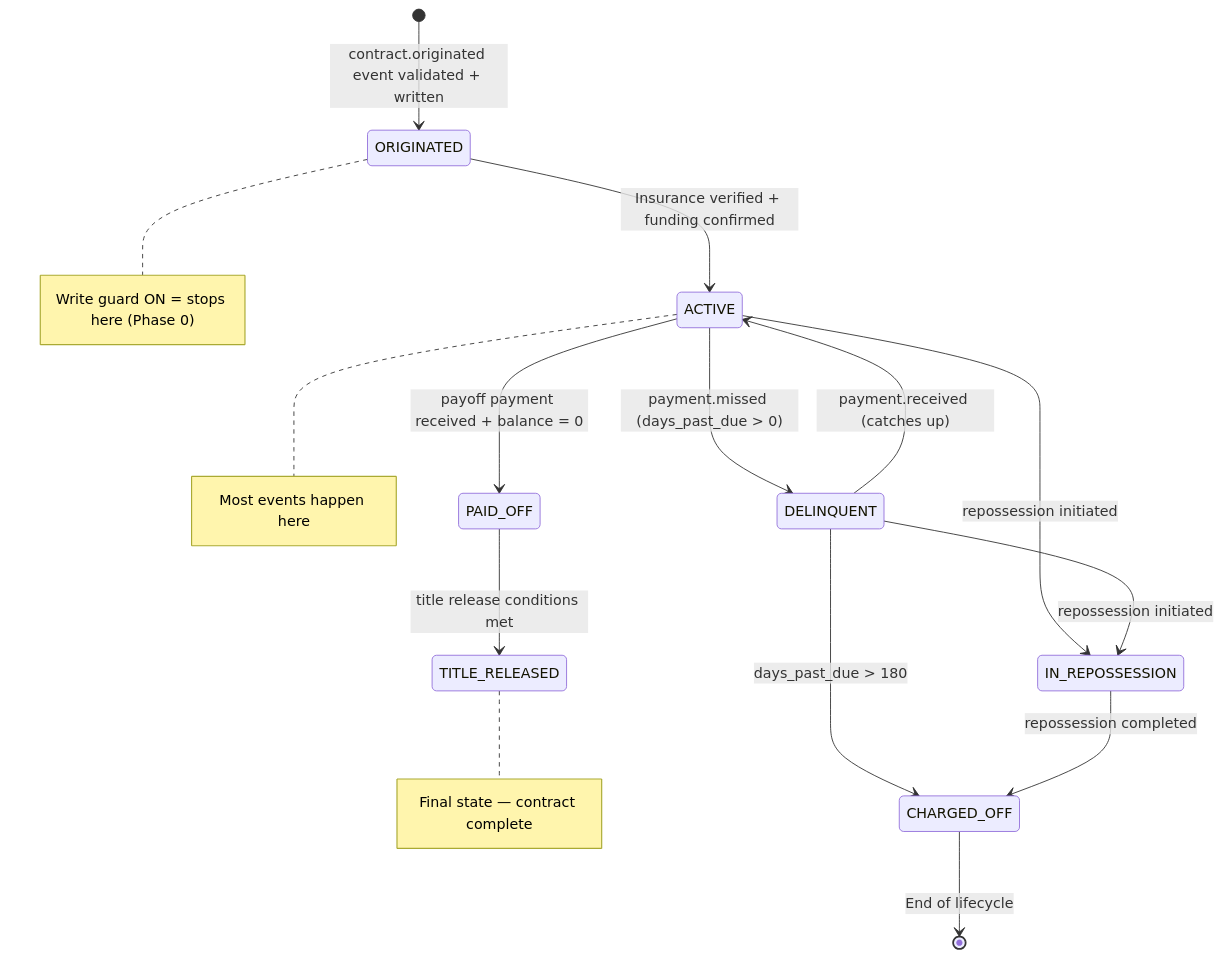
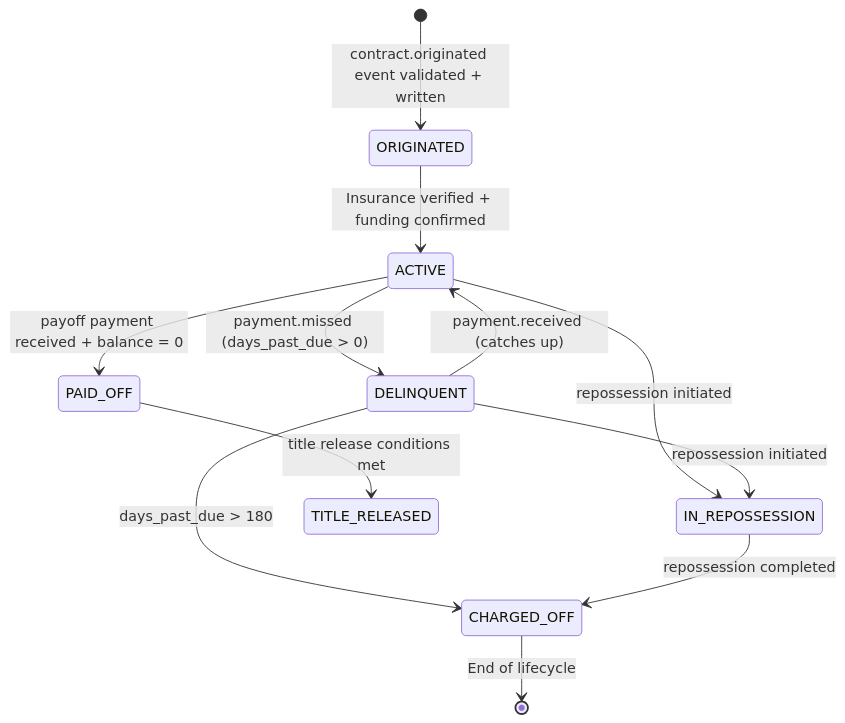
Before and after one commit to rame10566/smartledger: the ninth of 10 diagrams in docs/ARCHITECTURE.md, drawn with Mermaid. The commit also changed other lines of this file, not shown here.

Commit message:
fix: remove invalid Mermaid syntax (emoji in labels, note right of in stateDiagram-v2)

````diff
--- a/docs/ARCHITECTURE.md
+++ b/docs/ARCHITECTURE.md
@@ -360,19 +360,15 @@
 ```mermaid
 stateDiagram-v2
     [*] --> ORIGINATED: contract.originated event validated + written
 
     ORIGINATED --> ACTIVE: Insurance verified + funding confirmed
     ACTIVE --> DELINQUENT: payment.missed (days_past_due > 0)
     DELINQUENT --> ACTIVE: payment.received (catches up)
     ACTIVE --> PAID_OFF: payoff payment received + balance = 0
     DELINQUENT --> CHARGED_OFF: days_past_due > 180
     ACTIVE --> IN_REPOSSESSION: repossession initiated
     DELINQUENT --> IN_REPOSSESSION: repossession initiated
     IN_REPOSSESSION --> CHARGED_OFF: repossession completed
     PAID_OFF --> TITLE_RELEASED: title release conditions met
     CHARGED_OFF --> [*]: End of lifecycle
-
-    note right of ORIGINATED: Write guard ON = stops here (Phase 0)
-    note right of ACTIVE: Most events happen here
-    note right of TITLE_RELEASED: Final state — contract complete
 ```
````
